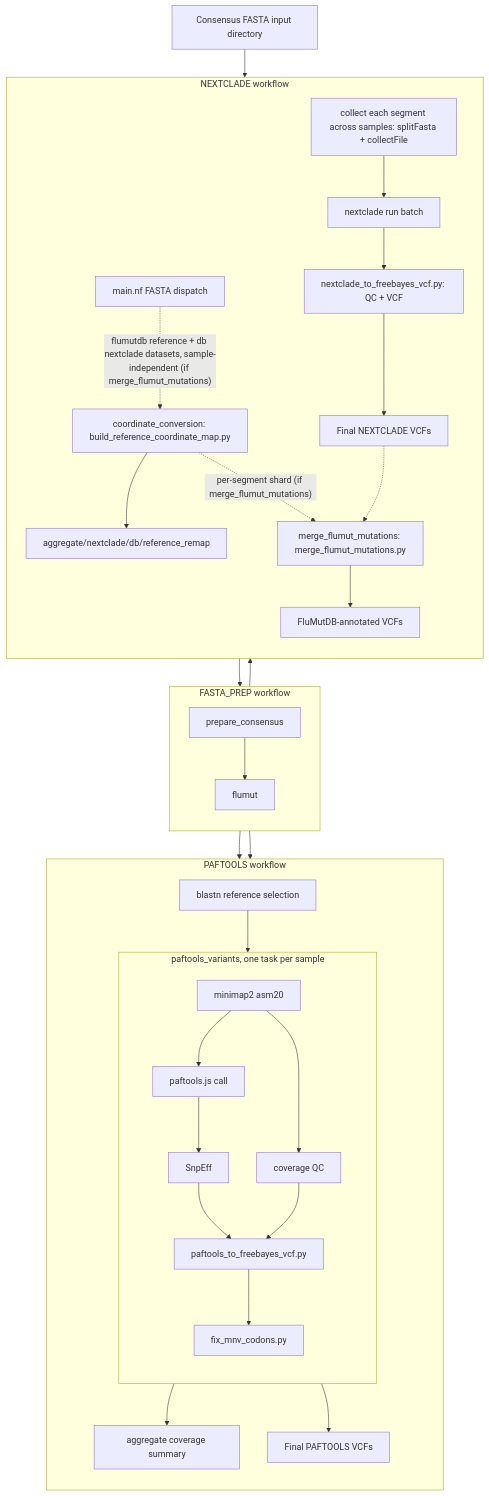
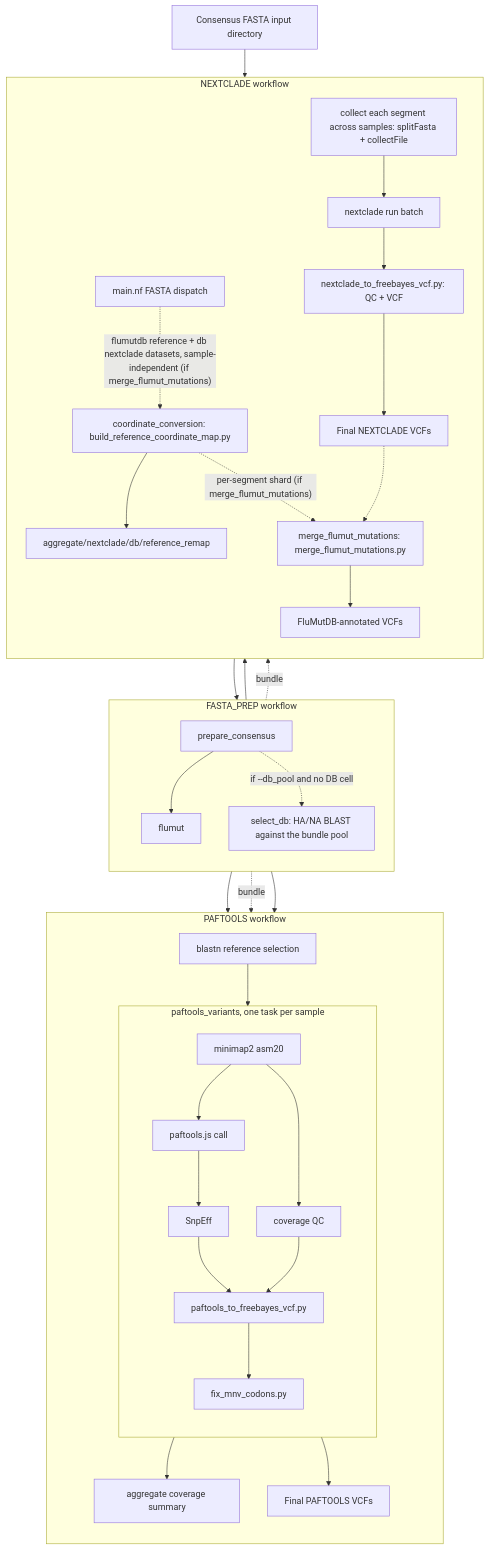
The diagram in README.md (BCCDC-PHL/fluscan-nf), drawn with Mermaid before and after one commit. The commit also changed other lines of this file and 12 other files, not shown here.

First line of the commit message:
Select each FASTA sample's bundle from a --db_pool

````diff
--- a/README.md
+++ b/README.md
@@ -42,68 +42,72 @@
 ```mermaid
 flowchart TD
     input[Consensus FASTA input directory]
     dispatch[main.nf FASTA dispatch]
 
     input --> dispatch
     dispatch --> prepare
 
     subgraph FASTA_PREP[FASTA_PREP workflow]
         direction TB
         prepare[prepare_consensus]
         prep_flumut[flumut]
+        select_db[select_db: HA/NA BLAST against the bundle pool]
 
         prepare --> prep_flumut
+        prepare -.->|"if --db_pool and no DB cell"| select_db
     end
 
     subgraph PAFTOOLS[PAFTOOLS workflow]
         direction TB
         blastn[blastn reference selection]
         covagg[aggregate coverage summary]
         paf_final[Final PAFTOOLS VCFs]
 
         subgraph paftools_variants[paftools_variants, one task per sample]
             direction TB
             minimap[minimap2 asm20]
             covqc[coverage QC]
             paftools_call[paftools.js call]
             snpeff[SnpEff]
             paf2fb[paftools_to_freebayes_vcf.py]
             fixmnv_paf[fix_mnv_codons.py]
 
             minimap --> covqc
             minimap --> paftools_call
             paftools_call --> snpeff
             snpeff --> paf2fb
             covqc --> paf2fb
             paf2fb --> fixmnv_paf
         end
 
         prepare --> blastn
+        select_db -.->|bundle| blastn
         prepare --> minimap
         blastn --> minimap
         covqc --> covagg
         fixmnv_paf --> paf_final
     end
 
     subgraph NEXTCLADE[NEXTCLADE workflow]
         direction TB
         groupseg[collect each segment across samples: splitFasta + collectFile]
         nc_run[nextclade run batch]
         nc2vcf[nextclade_to_freebayes_vcf.py: QC + VCF]
         nc_final[Final NEXTCLADE VCFs]
         coord_map[coordinate_conversion: build_reference_coordinate_map.py]
         coord_final[aggregate/nextclade/db/reference_remap]
         flumut_merge[merge_flumut_mutations: merge_flumut_mutations.py]
         flumut_annotated[FluMutDB-annotated VCFs]
 
         prepare --> groupseg
+        select_db -.->|bundle| groupseg
         groupseg --> nc_run
         nc_run --> nc2vcf
         nc2vcf --> nc_final
         dispatch -.->|"flumutdb reference + db nextclade datasets, sample-independent (if merge_flumut_mutations)"| coord_map
         coord_map --> coord_final
         coord_map -.->|"per-segment shard (if merge_flumut_mutations)"| flumut_merge
         nc_final -.-> flumut_merge
         flumut_merge --> flumut_annotated
     end
 ```
````
